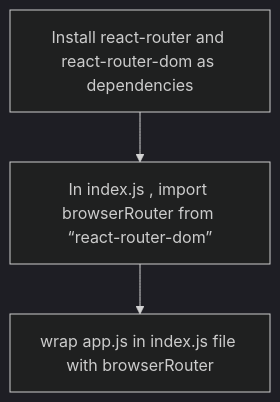
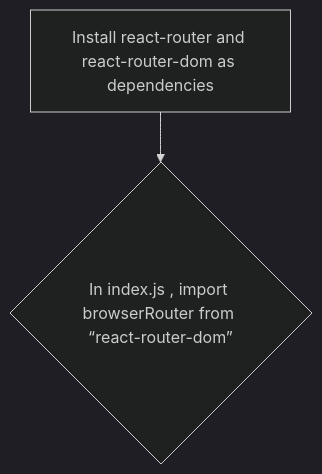
The diagram in Notes/Router/router.md (Apoorv266/neoG-assignments), drawn with Mermaid (dark theme) before and after one commit.

````diff
--- a/Notes/Router/router.md
+++ b/Notes/Router/router.md
@@ -5,6 +5,5 @@
 ```mermaid
 flowchart TD
-    A[Install react-router and react-router-dom as dependencies]-->B[In index.js , import browserRouter from “react-router-dom”];
-    B-->C[wrap app.js in index.js file with browserRouter ];
+    A[Install react-router and react-router-dom as dependencies]-->B{In index.js , import browserRouter from “react-router-dom”};
     
 ```
````
